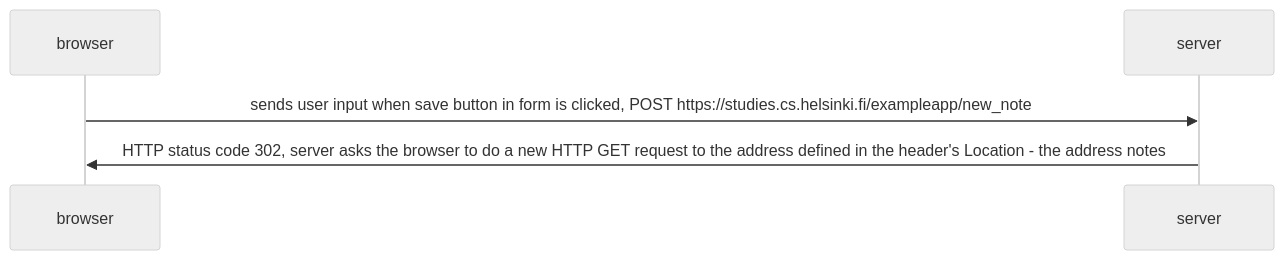
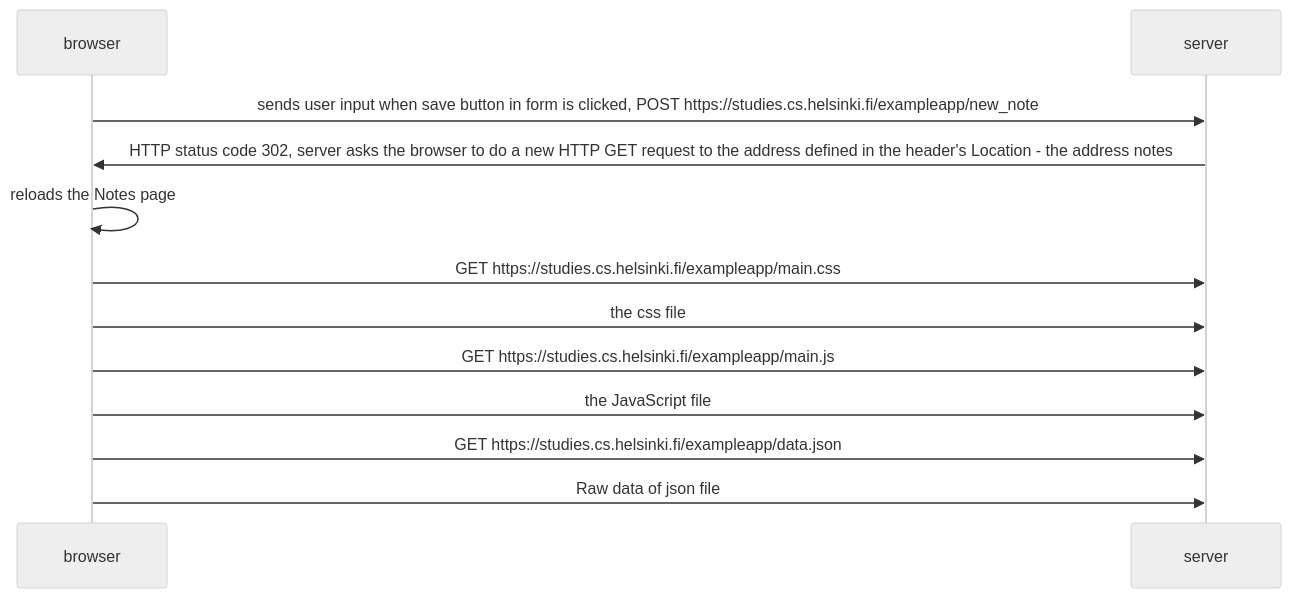
The diagram in part0/new-note-diagram.md (ARK2K/fullstackopen), drawn with Mermaid (neutral theme) before and after one commit.

````diff
--- a/part0/new-note-diagram.md
+++ b/part0/new-note-diagram.md
@@ -1,7 +1,14 @@
 ```mermaid
 sequenceDiagram
     participant browser
     participant server
     browser->>server: sends user input when save button in form is clicked, POST https://studies.cs.helsinki.fi/exampleapp/new_note
     server->>browser: HTTP status code 302, server asks the browser to do a new HTTP GET request to the address defined in the header's Location - the address notes
+    browser->>browser: reloads the Notes page
+    browser->>server: GET https://studies.cs.helsinki.fi/exampleapp/main.css
+    browser->>server: the css file
+    browser->>server: GET https://studies.cs.helsinki.fi/exampleapp/main.js
+    browser->>server: the JavaScript file
+    browser->>server: GET https://studies.cs.helsinki.fi/exampleapp/data.json
+    browser->>server: Raw data of json file
 ```
````
